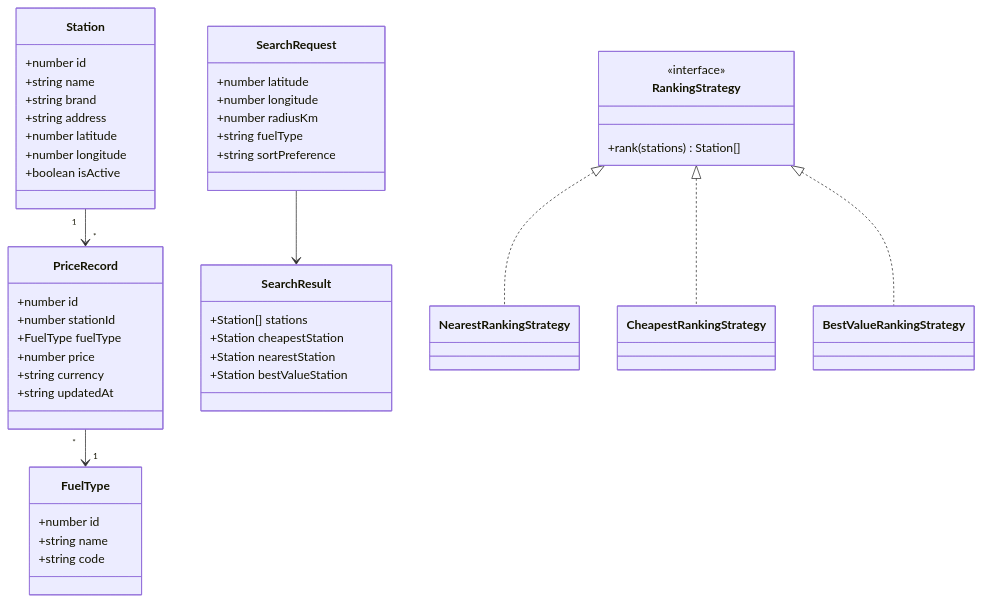
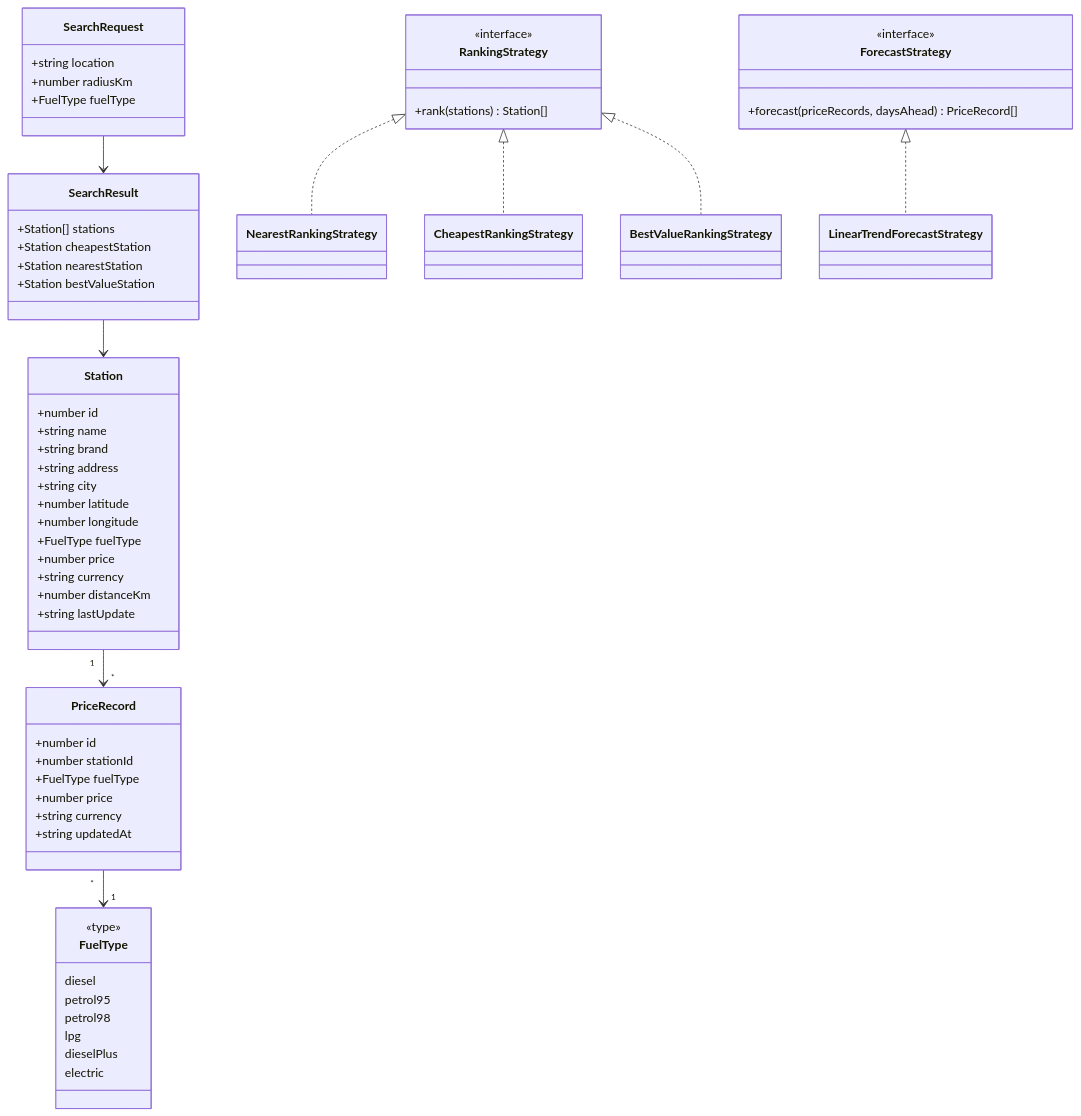
One commit to Arthemisto/FuelFinder changed the second of 2 diagrams in PROJECT_STRUCTURE.md. Above: the diagram before and after it, drawn with Mermaid. The commit also changed other lines of this file and 1 other file, not shown here.

Commit message:
Document frontend MVP flow

````diff
--- a/PROJECT_STRUCTURE.md
+++ b/PROJECT_STRUCTURE.md
@@ -280,58 +399,74 @@
 ```mermaid
 classDiagram
   class Station {
     +number id
     +string name
     +string brand
     +string address
+    +string city
     +number latitude
     +number longitude
-    +boolean isActive
+    +FuelType fuelType
+    +number price
+    +string currency
+    +number distanceKm
+    +string lastUpdate
   }
 
   class FuelType {
-    +number id
-    +string name
-    +string code
+    <<type>>
+    diesel
+    petrol95
+    petrol98
+    lpg
+    dieselPlus
+    electric
   }
 
   class PriceRecord {
     +number id
     +number stationId
     +FuelType fuelType
     +number price
     +string currency
     +string updatedAt
   }
 
   class SearchRequest {
-    +number latitude
-    +number longitude
+    +string location
     +number radiusKm
-    +string fuelType
-    +string sortPreference
+    +FuelType fuelType
   }
 
   class SearchResult {
     +Station[] stations
     +Station cheapestStation
     +Station nearestStation
     +Station bestValueStation
   }
 
   class RankingStrategy {
     <<interface>>
     +rank(stations) Station[]
   }
 
   class NearestRankingStrategy
   class CheapestRankingStrategy
   class BestValueRankingStrategy
 
+  class ForecastStrategy {
+    <<interface>>
+    +forecast(priceRecords, daysAhead) PriceRecord[]
+  }
+
+  class LinearTrendForecastStrategy
+
   Station "1" --> "*" PriceRecord
   PriceRecord "*" --> "1" FuelType
   SearchRequest --> SearchResult
+  SearchResult --> Station
   RankingStrategy <|.. NearestRankingStrategy
   RankingStrategy <|.. CheapestRankingStrategy
   RankingStrategy <|.. BestValueRankingStrategy
+  ForecastStrategy <|.. LinearTrendForecastStrategy
 ```
````
